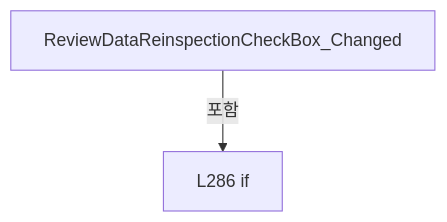
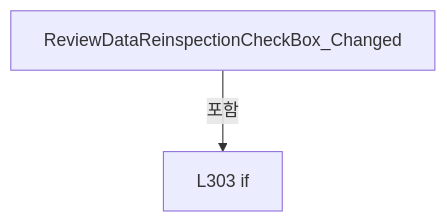
Before and after one commit to kjuws10-rgb/Shared: diagram 14 of 18 in A3 LD Code Ref/files/Drilling.UI/Views/CReviewDataView.xaml.cs.md, drawn with Mermaid. The commit also changed other lines of this file and 2071 other files, not shown here.

Commit message:
docs(a3): update 11.19.0 architecture and code reference

````diff
--- a/A3 LD Code Ref/files/Drilling.UI/Views/CReviewDataView.xaml.cs.md
+++ b/A3 LD Code Ref/files/Drilling.UI/Views/CReviewDataView.xaml.cs.md
@@ -1058,6 +1173,6 @@
 ```mermaid
 flowchart TD
  M["ReviewDataReinspectionCheckBox_Changed"]
- N0["L286 if"]
+ N0["L303 if"]
  M -->|포함| N0
 ```
````
